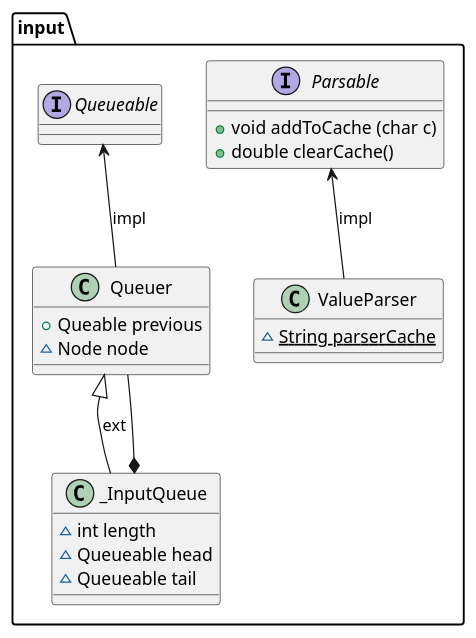
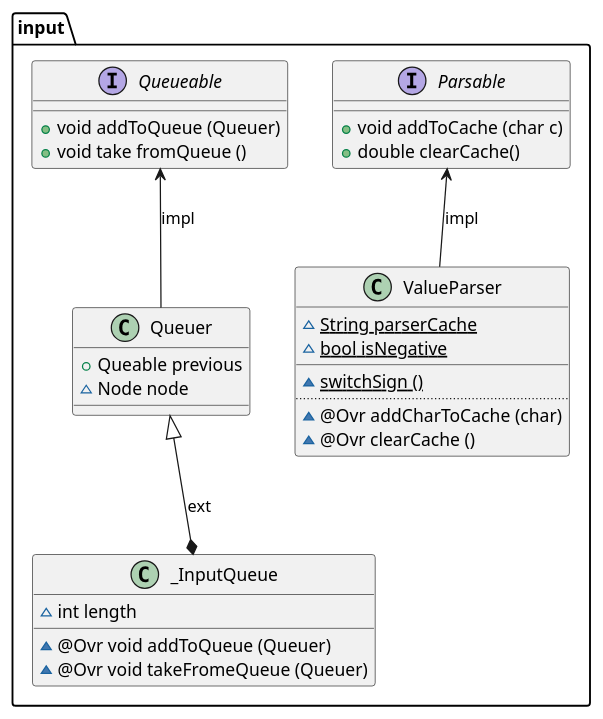
The diagram in src/main/resources/package_input_structure.puml (vitalispopoff/calculator), drawn with PlantUML before and after one commit. The commit also changed 28 other files, not shown here.

Commit message:
Queueable inheritance adjustments - Queuer class mendling - temporal commit

```diff
--- a/src/main/resources/package_input_structure.puml
+++ b/src/main/resources/package_input_structure.puml
@@ -1,38 +1,41 @@
 @startuml
 
 package input{
 
     interface Parsable{
             +{method} void addToCache (char c)
-'            +{method} bool isNegative ()
-'            +{method} bool isFraction ()
             +{method} double clearCache()
     }
 
     class ValueParser{
             ~{field}{static} String parserCache
+            ~{field}{static} bool isNegative
+            __
+            ~{method}{static}switchSign ()
+            ..
+            ~{method} @Ovr addCharToCache (char)
+            ~{method} @Ovr clearCache ()
     }
 
     interface Queueable{
-'            +{method} void joinQueue (Queueable)
-'            +{method} void leaveQueue (Queueable)
-'            +{method} int queueLength ()
+            +{method} void addToQueue (Queuer)
+            +{method} void take fromQueue ()
     }
 
     class _InputQueue{
             ~{field} int length
-            ~{field} Queueable head
-            ~{field} Queueable tail
+            __
+            ~{method} @Ovr void addToQueue (Queuer)
+            ~{method} @Ovr void takeFromeQueue (Queuer)
     }
 
     class Queuer{
             +{field} Queable previous
             ~{field} Node node
     }
 
     Parsable        <--     ValueParser     : impl
-    Queuer          <|--    _InputQueue     : ext
-    Queuer          --*     _InputQueue
+    Queuer          <|--*    _InputQueue     : ext
     Queueable       <--     Queuer          : impl
 
 @enduml
```
